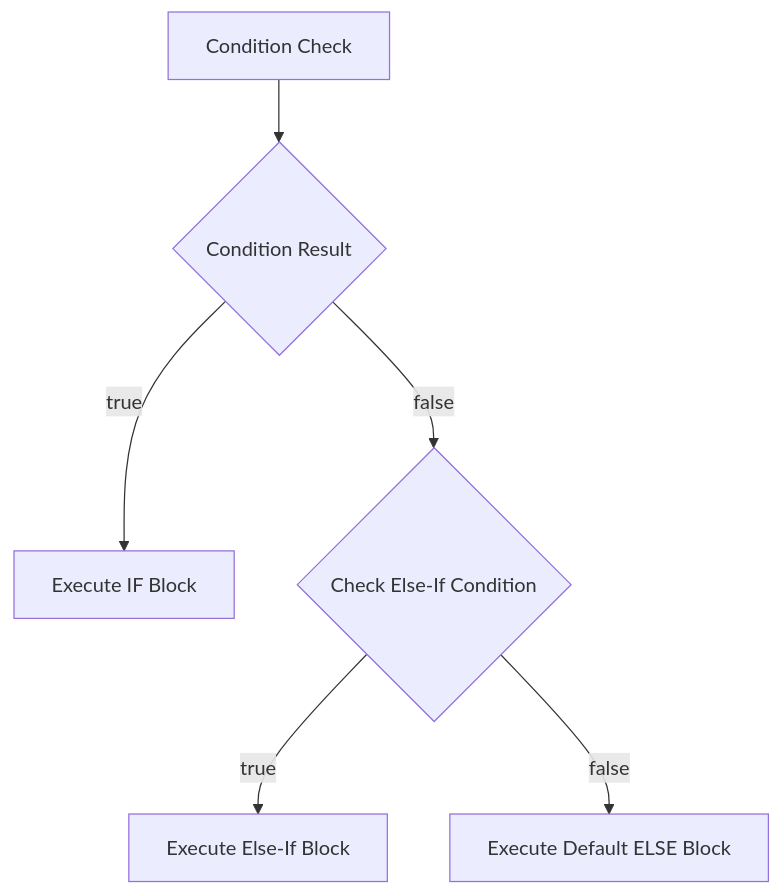
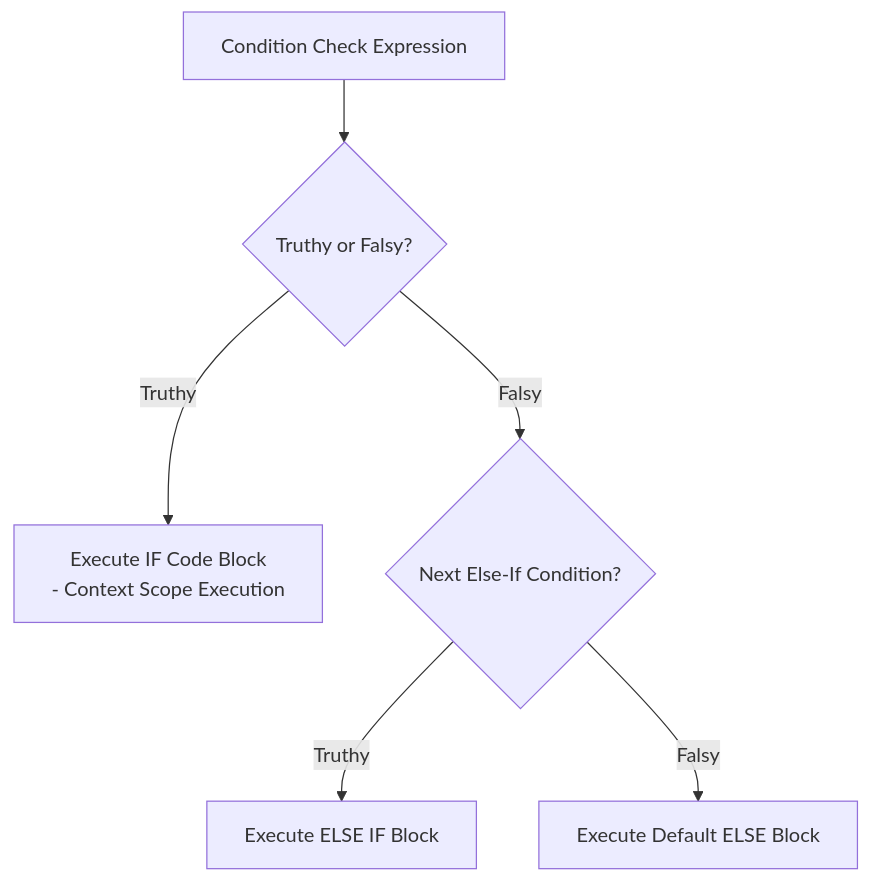
Before and after one commit to Amie-dev/engineering-playbook: the first of 3 diagrams in js-notes/16-conditionals.md, drawn with Mermaid. The commit also changed other lines of this file and 42 other files, not shown here.

````diff
--- a/js-notes/16-conditionals.md
+++ b/js-notes/16-conditionals.md
@@ -10,8 +15,11 @@
 ```mermaid
-graph TD
-    Start[Condition Check] --> Decision{Condition Result}
-    Decision -- true --> IfBlock[Execute IF Block]
-    Decision -- false --> ElseIf{Check Else-If Condition}
-    ElseIf -- true --> ElseIfBlock[Execute Else-If Block]
-    ElseIf -- false --> ElseBlock[Execute Default ELSE Block]
+flowchart TD
+    Start[Condition Check Expression] --> Eval{Truthy or Falsy?}
+
+    Eval -- Truthy --> IfBranch["Execute IF Code Block<br/>- Context Scope Execution"]
+    
+    Eval -- Falsy --> ElseIfCheck{Next Else-If Condition?}
+    
+    ElseIfCheck -- Truthy --> ElseIfBranch["Execute ELSE IF Block"]
+    ElseIfCheck -- Falsy --> ElseBranch["Execute Default ELSE Block"]
 ```
````
